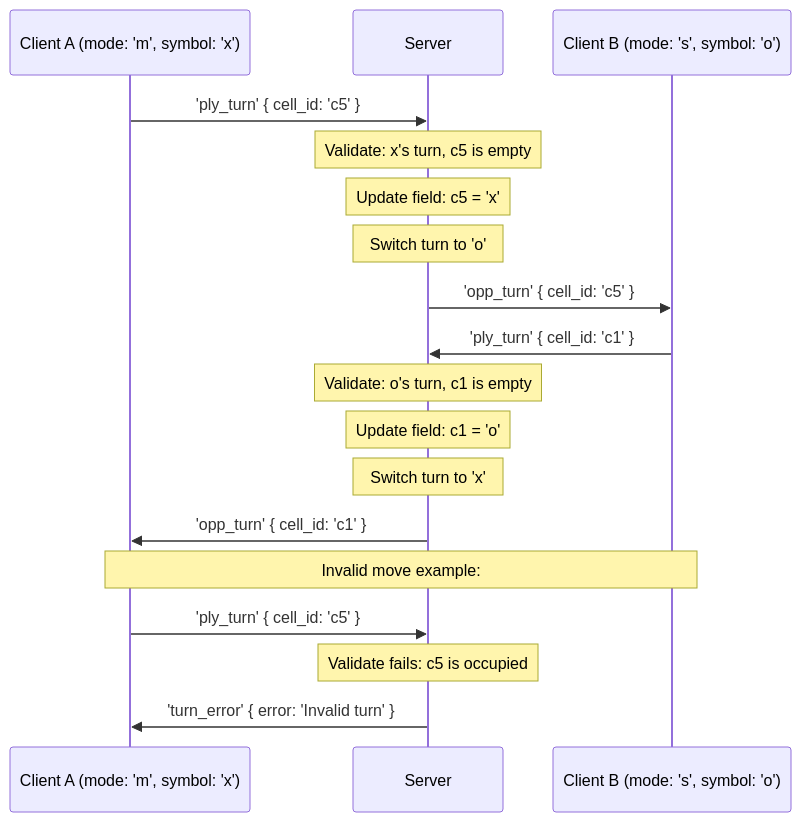
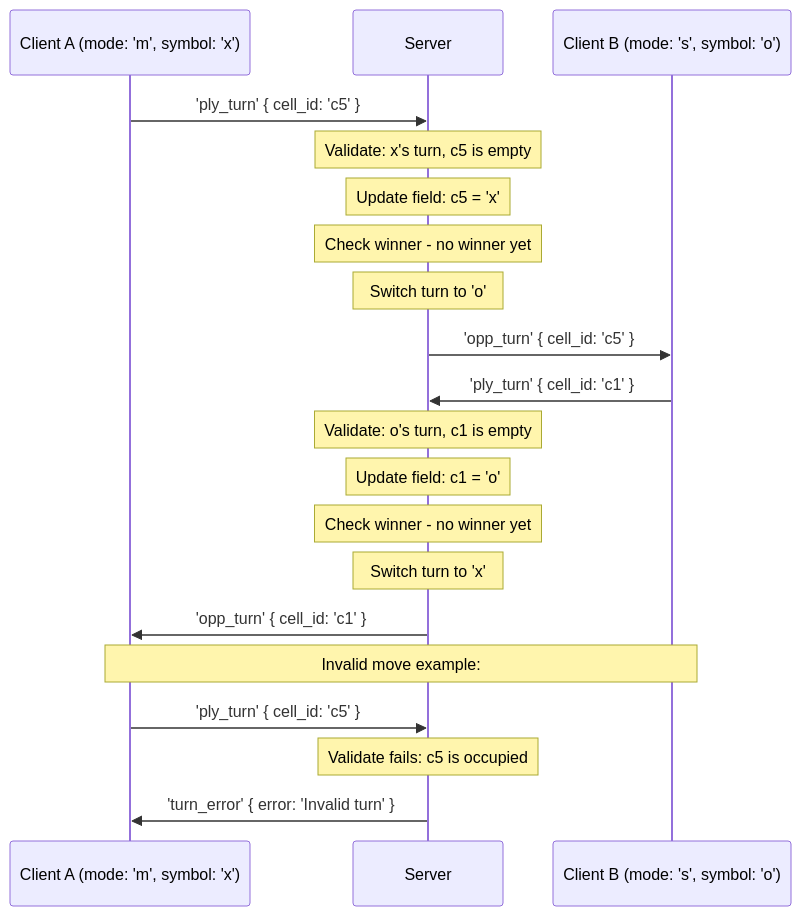
The third of 7 diagrams in WS/README.md (dmitriylogunov/X-ttt), drawn with Mermaid before and after one commit. The commit also changed other lines of this file and 6 other files, not shown here.

````diff
--- a/WS/README.md
+++ b/WS/README.md
@@ -250,23 +259,25 @@
 ```mermaid
 sequenceDiagram
     participant A as Client A (mode: 'm', symbol: 'x')
     participant S as Server
     participant B as Client B (mode: 's', symbol: 'o')
 
     A->>S: 'ply_turn' { cell_id: 'c5' }
     Note over S: Validate: x's turn, c5 is empty
     Note over S: Update field: c5 = 'x'
+    Note over S: Check winner - no winner yet
     Note over S: Switch turn to 'o'
     S->>B: 'opp_turn' { cell_id: 'c5' }
 
     B->>S: 'ply_turn' { cell_id: 'c1' }
     Note over S: Validate: o's turn, c1 is empty
     Note over S: Update field: c1 = 'o'
+    Note over S: Check winner - no winner yet
     Note over S: Switch turn to 'x'
     S->>A: 'opp_turn' { cell_id: 'c1' }
 
     Note over A,B: Invalid move example:
     A->>S: 'ply_turn' { cell_id: 'c5' }
     Note over S: Validate fails: c5 is occupied
     S->>A: 'turn_error' { error: 'Invalid turn' }
 ```
````
